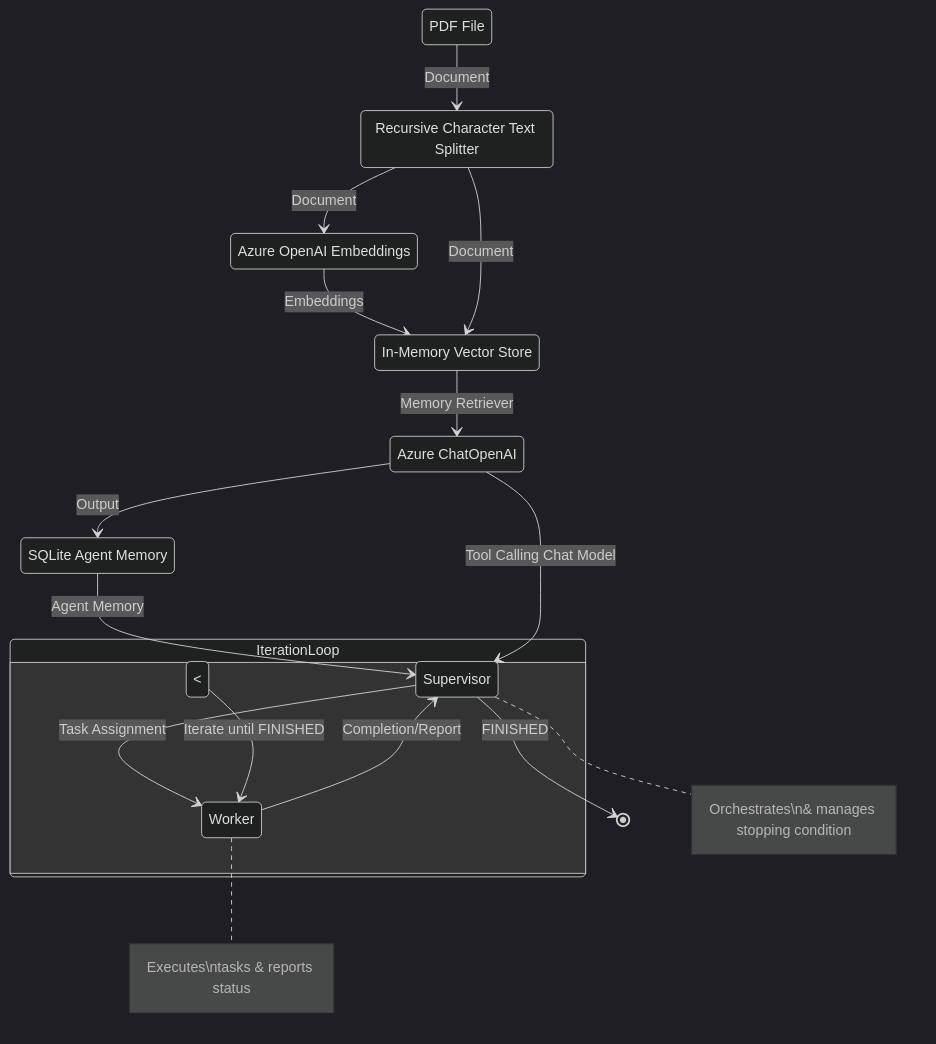
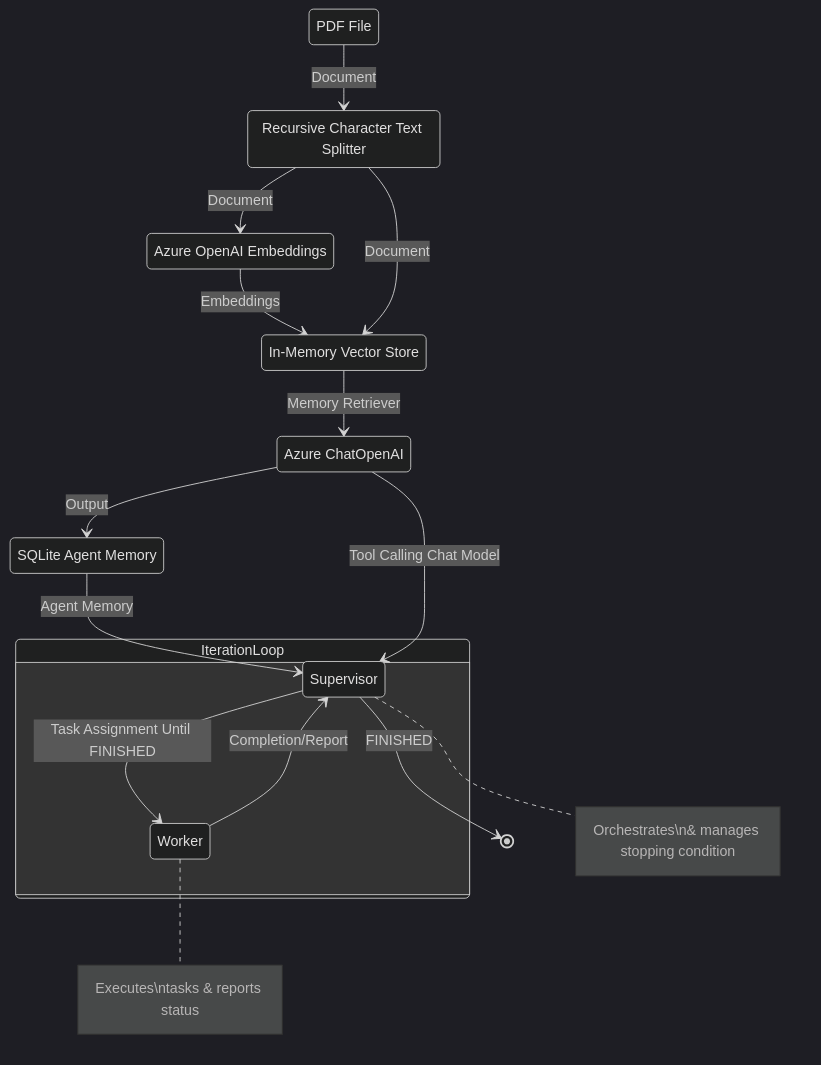
Before and after one commit to HR-DataLab-Healthcare/RESEARCH_SUPPORT: the seventh of 7 diagrams in PROJECTS/Generative_Agent_based_Data-Synthesis/Readme.md, drawn with Mermaid (dark theme).

````diff
--- a/PROJECTS/Generative_Agent_based_Data-Synthesis/Readme.md
+++ b/PROJECTS/Generative_Agent_based_Data-Synthesis/Readme.md
@@ -732,48 +732,48 @@
 ```mermaid
 
 stateDiagram-v2  
     %% Document Loading & Splitting  
     PDFFile: PDF File  
     RCTextSplitter: Recursive Character Text Splitter  
     PDFFile --> RCTextSplitter: Document  
   
     %% Embedding Creation  
     AzureEmbeddings: Azure OpenAI Embeddings  
     RCTextSplitter --> AzureEmbeddings: Document  
   
     %% Vector Store for Retrieval  
     InMemoryVS: In-Memory Vector Store  
     AzureEmbeddings --> InMemoryVS: Embeddings  
     RCTextSplitter --> InMemoryVS: Document  
   
     %% Chat Interaction (LLM Agent)  
     AzureChatOpenAI: Azure ChatOpenAI  
     InMemoryVS --> AzureChatOpenAI: Memory Retriever  
   
     %% Agent Memory  
     SQLiteAgentMemory: SQLite Agent Memory  
     AzureChatOpenAI --> SQLiteAgentMemory: Output  
   
     %% Orchestration/Supervision  
     Supervisor: Supervisor  
     SQLiteAgentMemory --> Supervisor: Agent Memory  
     AzureChatOpenAI --> Supervisor: Tool Calling Chat Model  
   
     %% Worker (Action Executor)  
     Worker: Worker  
-    Supervisor --> Worker: Task Assignment  
+    %% Supervisor --> Worker: Task Assignment Until FINISHED 
     Worker --> Supervisor: Completion/Report  
   
     %% Iterative Supervisor-Worker Loop  
     state IterationLoop {  
-      Supervisor <--> Worker: Iterate until FINISHED  
+      Supervisor --> Worker:   Task Assignment Until FINISHED 
     }  
   
     %% Output to User  
     Supervisor --> [*]: FINISHED  
   
     %% Notes  
     note right of Supervisor: Orchestrates\n& manages stopping condition  
     note right of Worker: Executes\ntasks & reports status  
 
 ```
````
